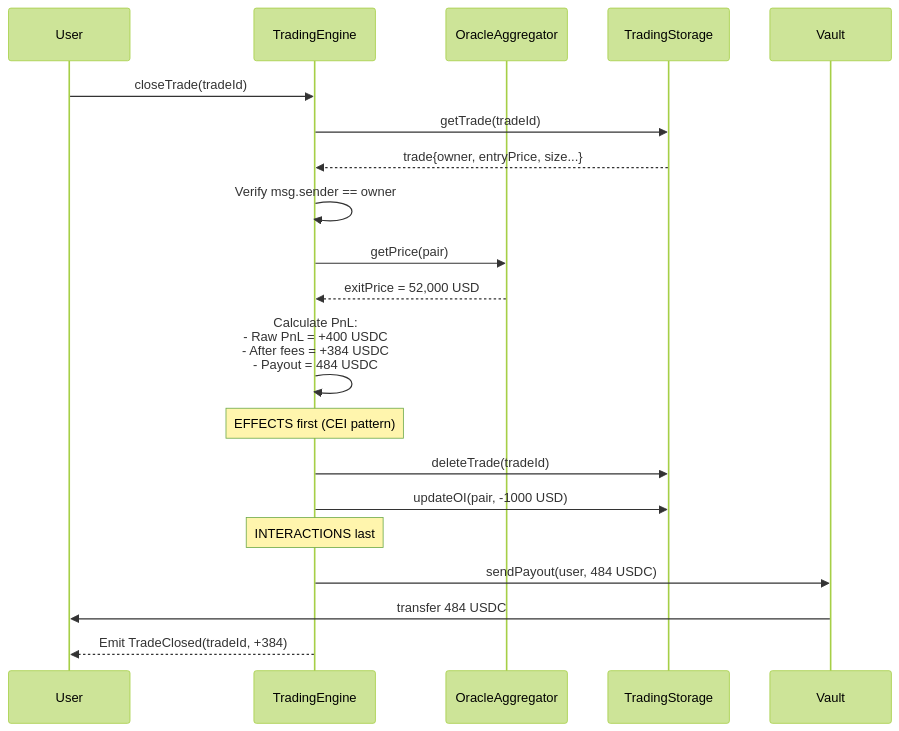
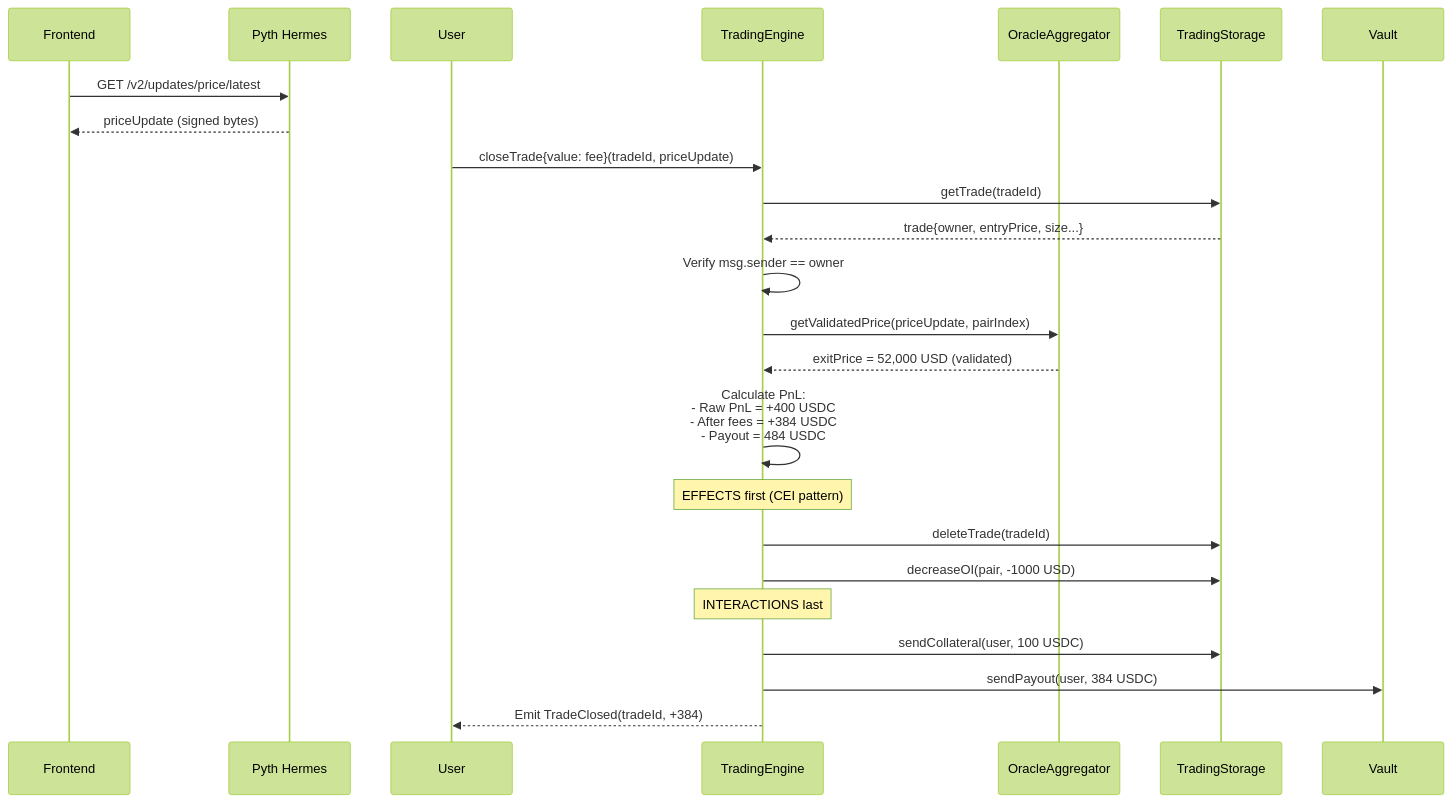
One commit to GushALKDev/evm-synthetic-trading-protocol changed the fourth of 5 diagrams in docs/03-architecture.md. Above: the diagram before and after it, drawn with Mermaid (forest theme). The commit also changed other lines of this file and 8 other files, not shown here.

First line of the commit message:
Redesign oracle architecture from custom DON to Pyth + Chainlink

````diff
--- a/docs/03-architecture.md
+++ b/docs/03-architecture.md
@@ -297,30 +423,35 @@
 ```mermaid
 sequenceDiagram
+    participant Frontend
+    participant Hermes as Pyth Hermes
     participant User
     participant Trading as TradingEngine
     participant Oracle as OracleAggregator
     participant Storage as TradingStorage
     participant Vault
 
-    User->>Trading: closeTrade(tradeId)
-    
+    Frontend->>Hermes: GET /v2/updates/price/latest
+    Hermes-->>Frontend: priceUpdate (signed bytes)
+
+    User->>Trading: closeTrade{value: fee}(tradeId, priceUpdate)
+
     Trading->>Storage: getTrade(tradeId)
     Storage-->>Trading: trade{owner, entryPrice, size...}
-    
+
     Trading->>Trading: Verify msg.sender == owner
-    
-    Trading->>Oracle: getPrice(pair)
-    Oracle-->>Trading: exitPrice = 52,000 USD
-    
+
+    Trading->>Oracle: getValidatedPrice(priceUpdate, pairIndex)
+    Oracle-->>Trading: exitPrice = 52,000 USD (validated)
+
     Trading->>Trading: Calculate PnL:<br/>- Raw PnL = +400 USDC<br/>- After fees = +384 USDC<br/>- Payout = 484 USDC
-    
+
     Note over Trading: EFFECTS first (CEI pattern)
     Trading->>Storage: deleteTrade(tradeId)
-    Trading->>Storage: updateOI(pair, -1000 USD)
-    
+    Trading->>Storage: decreaseOI(pair, -1000 USD)
+
     Note over Trading: INTERACTIONS last
-    Trading->>Vault: sendPayout(user, 484 USDC)
-    Vault->>User: transfer 484 USDC
-    
+    Trading->>Storage: sendCollateral(user, 100 USDC)
+    Trading->>Vault: sendPayout(user, 384 USDC)
+
     Trading-->>User: Emit TradeClosed(tradeId, +384)
 ```
````
